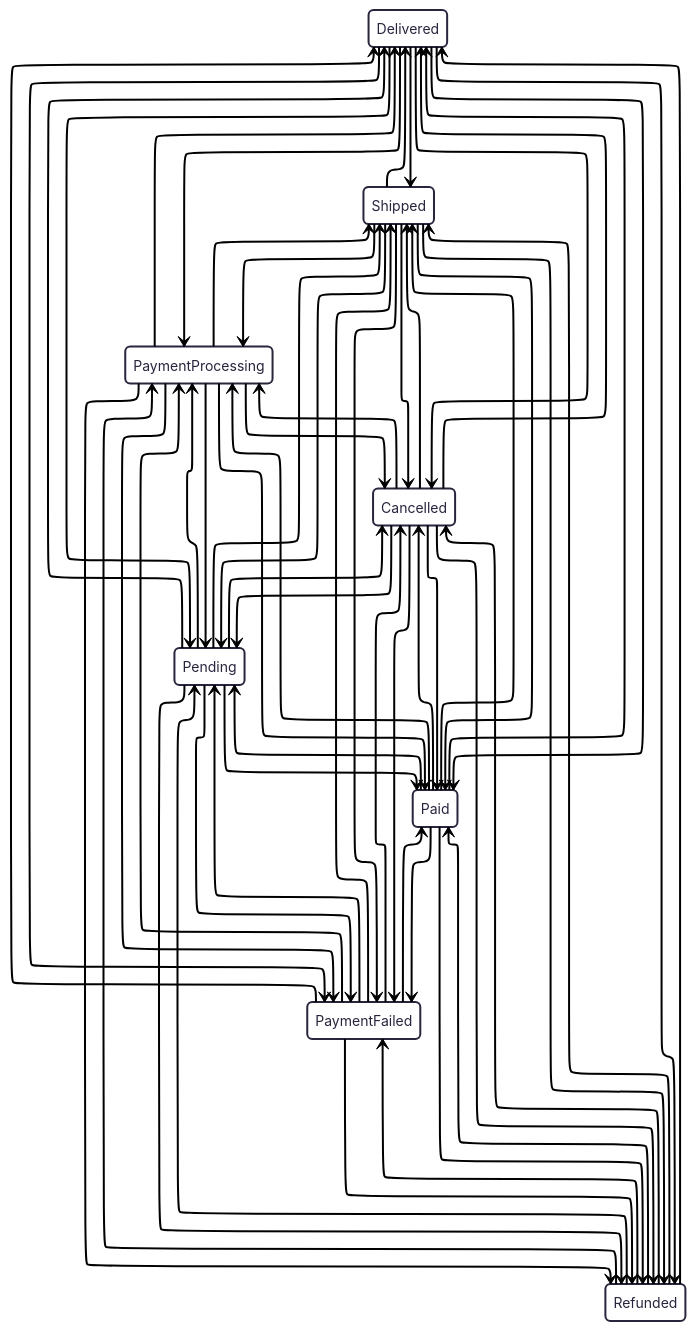
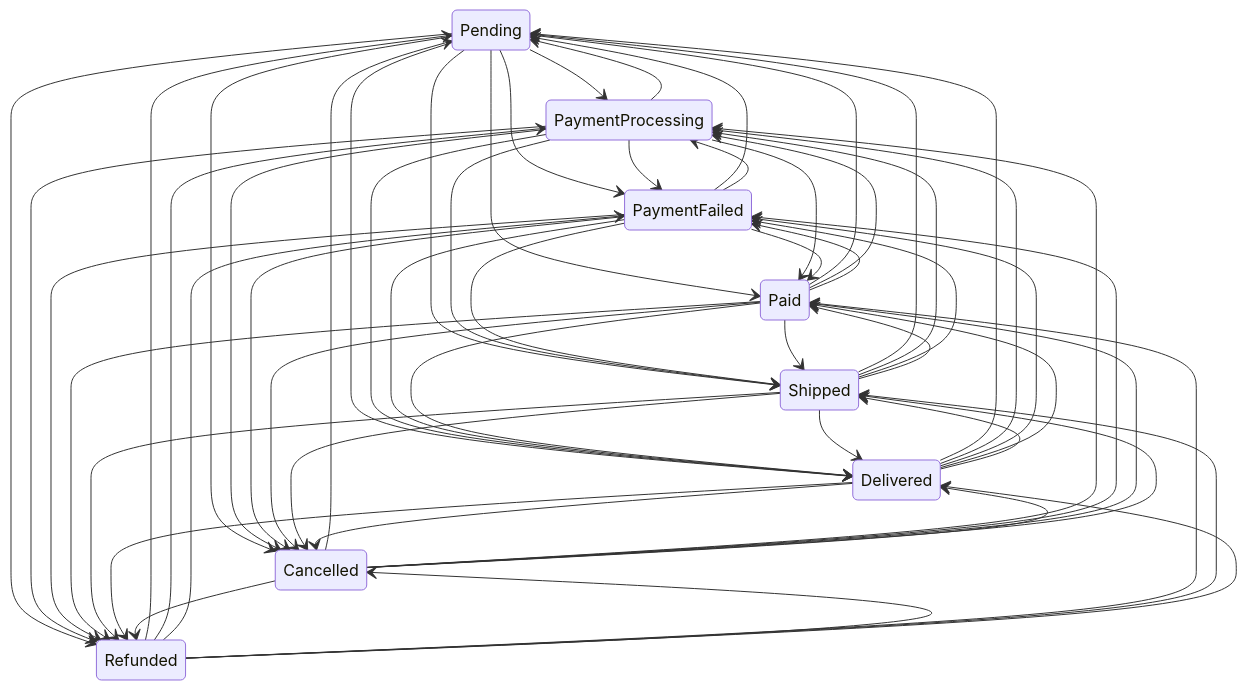
One commit to AdamWardVGP/adammakes-coffee changed the first of 2 diagrams in src/content/software/65271_ways_to_be_wrong.md. Above: the diagram before and after it, drawn with Mermaid. The commit also changed 6 other files, not shown here.

Commit message:
Update mermaid renderer and fix software blog issues

````diff
--- a/src/content/software/65271_ways_to_be_wrong.md
+++ b/src/content/software/65271_ways_to_be_wrong.md
@@ -72,64 +72,59 @@
 ```mermaid
----
-config:
-  theme: redux
-  layout: elk
----
 stateDiagram-v2
     Pending --> PaymentProcessing
     Pending --> PaymentFailed
     Pending --> Paid
     Pending --> Shipped
     Pending --> Delivered
     Pending --> Cancelled
     Pending --> Refunded
     PaymentProcessing --> PaymentFailed
     PaymentProcessing --> Paid
     PaymentProcessing --> Shipped
     PaymentProcessing --> Delivered
     PaymentProcessing --> Cancelled
     PaymentProcessing --> Pending
     PaymentProcessing --> Refunded
     PaymentFailed --> Pending
     PaymentFailed --> PaymentProcessing
     PaymentFailed --> Paid
     PaymentFailed --> Shipped
     PaymentFailed --> Delivered
     PaymentFailed --> Cancelled
     PaymentFailed --> Refunded
     Paid --> Pending
     Paid --> PaymentProcessing
     Paid --> PaymentFailed
     Paid --> Shipped
     Paid --> Delivered
     Paid --> Cancelled
     Paid --> Refunded
     Shipped --> Pending
     Shipped --> PaymentProcessing
     Shipped --> PaymentFailed
     Shipped --> Paid
     Shipped --> Delivered
     Shipped --> Cancelled
     Shipped --> Refunded
     Delivered --> Pending
     Delivered --> PaymentProcessing
     Delivered --> PaymentFailed
     Delivered --> Paid
     Delivered --> Shipped
     Delivered --> Cancelled
     Delivered --> Refunded
     Cancelled --> Pending
     Cancelled --> PaymentProcessing
     Cancelled --> PaymentFailed
     Cancelled --> Paid
     Cancelled --> Shipped
     Cancelled --> Delivered
     Cancelled --> Refunded
     Refunded --> Pending
     Refunded --> PaymentProcessing
     Refunded --> PaymentFailed
     Refunded --> Paid
     Refunded --> Shipped
     Refunded --> Delivered
     Refunded --> Cancelled
 ```
````
